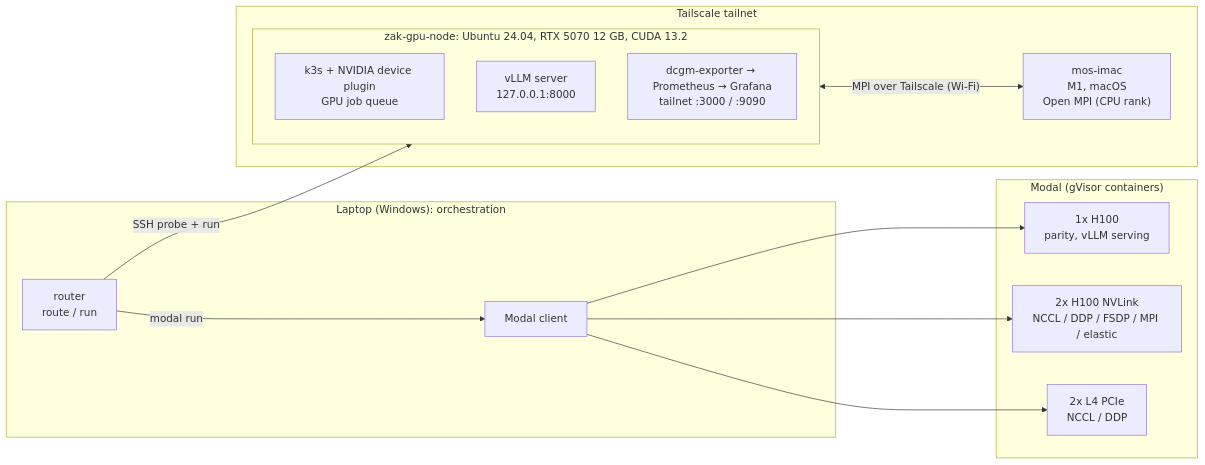
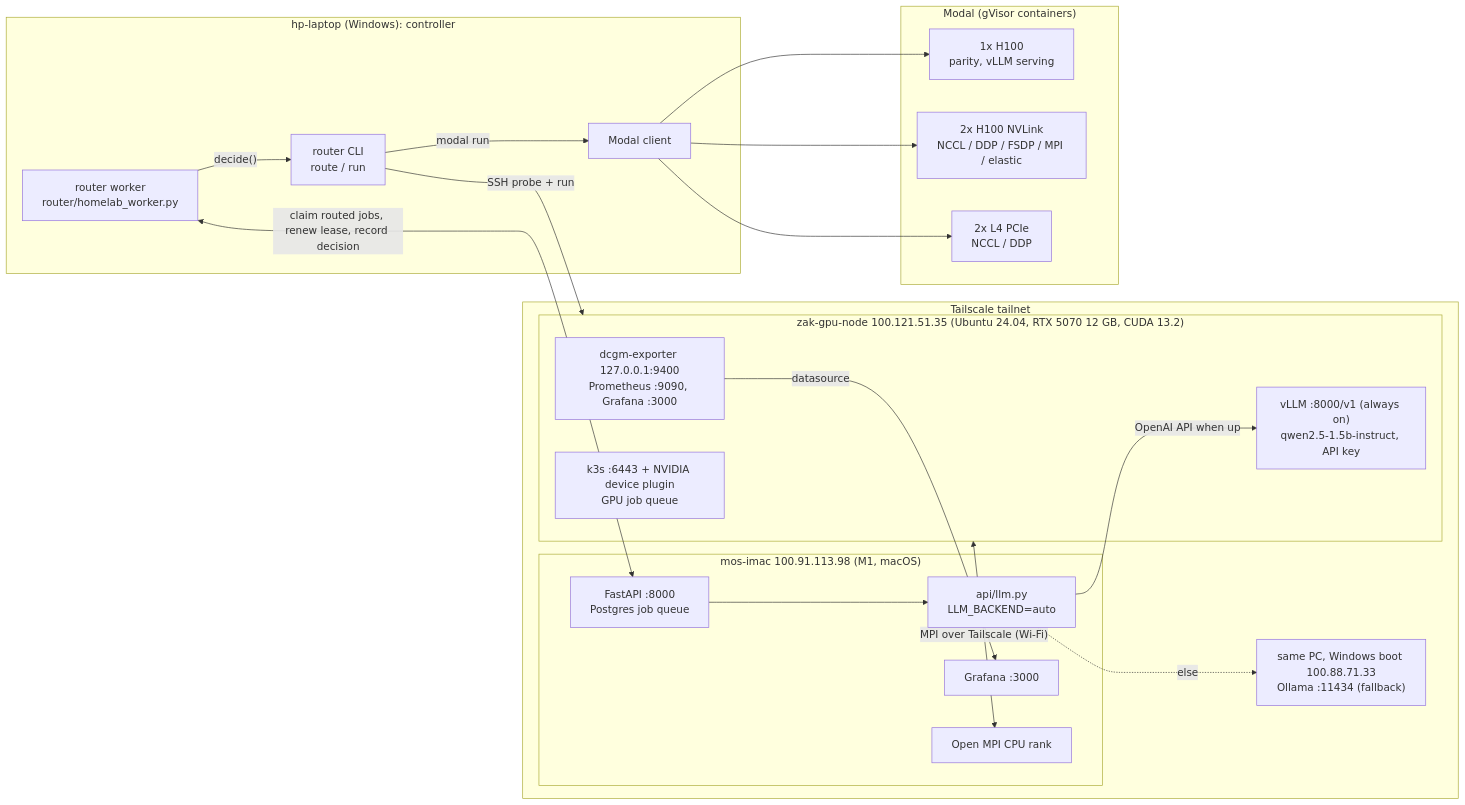
The diagram in docs/RESULTS.md (zakiscoding/gpu-systems-lab), drawn with Mermaid before and after one commit. The commit also changed other lines of this file and 13 other files, not shown here.

Commit message:
Docs: consistent navigation, README tour and diagrams

````diff
--- a/docs/RESULTS.md
+++ b/docs/RESULTS.md
@@ -8,24 +12,37 @@
 ```mermaid
 flowchart LR
-    subgraph Laptop["Laptop (Windows): orchestration"]
-        R["router<br/>route / run"]
+    subgraph Laptop["hp-laptop (Windows): controller"]
+        RW["router worker<br/>router/homelab_worker.py"]
+        R["router CLI<br/>route / run"]
         M["Modal client"]
     end
     subgraph Home["Tailscale tailnet"]
-        subgraph G["zak-gpu-node: Ubuntu 24.04, RTX 5070 12 GB, CUDA 13.2"]
-            K["k3s + NVIDIA device plugin<br/>GPU job queue"]
-            V["vLLM server<br/>127.0.0.1:8000"]
-            O["dcgm-exporter → Prometheus → Grafana<br/>tailnet :3000 / :9090"]
+        subgraph I["mos-imac 100.91.113.98 (M1, macOS)"]
+            API["FastAPI :8000<br/>Postgres job queue"]
+            LLM["api/llm.py<br/>LLM_BACKEND=auto"]
+            IG["Grafana :3000"]
+            IR["Open MPI CPU rank"]
         end
-        I["mos-imac<br/>M1, macOS<br/>Open MPI (CPU rank)"]
+        subgraph G["zak-gpu-node 100.121.51.35 (Ubuntu 24.04, RTX 5070 12 GB, CUDA 13.2)"]
+            K["k3s :6443 + NVIDIA device plugin<br/>GPU job queue"]
+            V["vLLM :8000/v1 (always on)<br/>qwen2.5-1.5b-instruct, API key"]
+            O["dcgm-exporter 127.0.0.1:9400<br/>Prometheus :9090, Grafana :3000"]
+        end
+        OL["same PC, Windows boot 100.88.71.33<br/>Ollama :11434 (fallback)"]
     end
     subgraph Modal["Modal (gVisor containers)"]
         H1["1x H100<br/>parity, vLLM serving"]
         H2["2x H100 NVLink<br/>NCCL / DDP / FSDP / MPI / elastic"]
         L4["2x L4 PCIe<br/>NCCL / DDP"]
     end
+    RW <-- "claim routed jobs, renew lease, record decision" --> API
+    RW -- "decide()" --> R
     R -- "SSH probe + run" --> G
     R -- "modal run" --> M
     M --> H1 & H2 & L4
-    G <-- "MPI over Tailscale (Wi-Fi)" --> I
+    API --> LLM
+    LLM -- "OpenAI API when up" --> V
+    LLM -. "else" .-> OL
+    O -- "datasource" --> IG
+    G <-- "MPI over Tailscale (Wi-Fi)" --> IR
 ```
````
